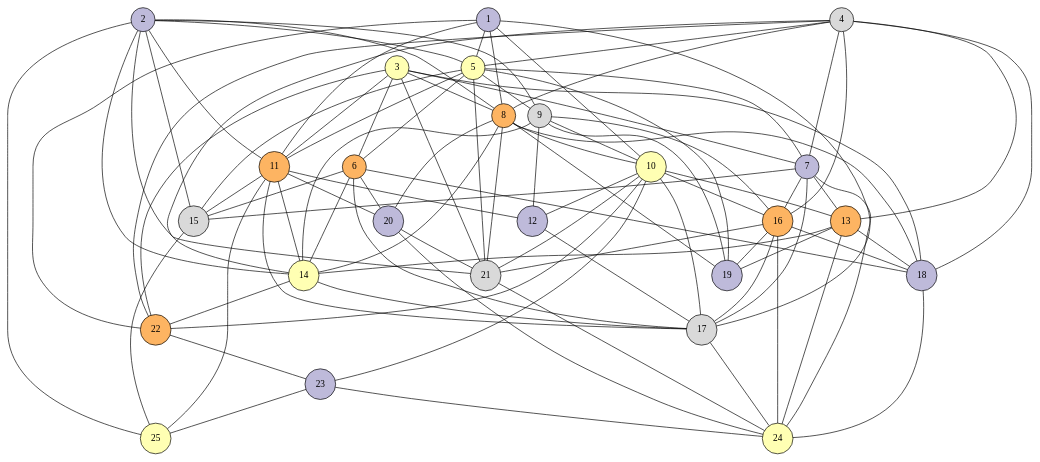
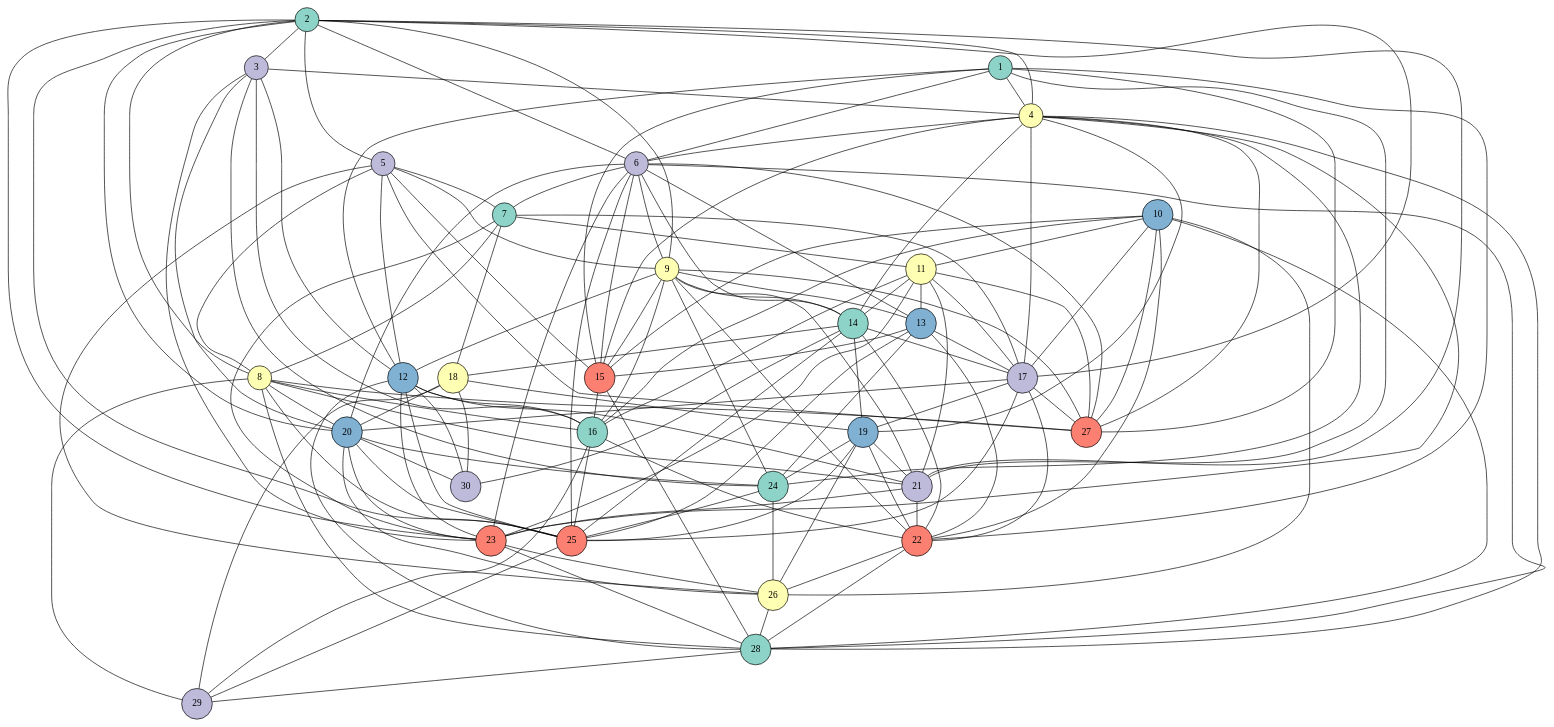
The diagram in ampl/scripts/color.gv (migueltoro/Proyecto_ampl), drawn with Graphviz before and after one commit. The commit also changed 2 other files, not shown here.

```diff
--- a/ampl/scripts/color.gv
+++ b/ampl/scripts/color.gv
@@ -1,120 +1,172 @@
 graph Coloring {
   graph [overlap=false];
   node [shape=circle, style=filled, colorscheme="set312"];
-  1 [label="1", fillcolor="3"];
-  2 [label="2", fillcolor="3"];
-  3 [label="3", fillcolor="2"];
-  4 [label="4", fillcolor="9"];
-  5 [label="5", fillcolor="2"];
-  6 [label="6", fillcolor="6"];
-  7 [label="7", fillcolor="3"];
-  8 [label="8", fillcolor="6"];
-  9 [label="9", fillcolor="9"];
-  10 [label="10", fillcolor="2"];
-  11 [label="11", fillcolor="6"];
-  12 [label="12", fillcolor="3"];
-  13 [label="13", fillcolor="6"];
-  14 [label="14", fillcolor="2"];
-  15 [label="15", fillcolor="9"];
-  16 [label="16", fillcolor="6"];
-  17 [label="17", fillcolor="9"];
-  18 [label="18", fillcolor="3"];
-  19 [label="19", fillcolor="3"];
-  20 [label="20", fillcolor="3"];
-  21 [label="21", fillcolor="9"];
-  22 [label="22", fillcolor="6"];
-  23 [label="23", fillcolor="3"];
-  24 [label="24", fillcolor="2"];
-  25 [label="25", fillcolor="2"];
-  1 -- 5;
-  1 -- 8;
-  1 -- 10;
-  1 -- 11;
-  1 -- 17;
+  1 [label="1", fillcolor="1"];
+  2 [label="2", fillcolor="1"];
+  3 [label="3", fillcolor="3"];
+  4 [label="4", fillcolor="2"];
+  5 [label="5", fillcolor="3"];
+  6 [label="6", fillcolor="3"];
+  7 [label="7", fillcolor="1"];
+  8 [label="8", fillcolor="2"];
+  9 [label="9", fillcolor="2"];
+  10 [label="10", fillcolor="5"];
+  11 [label="11", fillcolor="2"];
+  12 [label="12", fillcolor="5"];
+  13 [label="13", fillcolor="5"];
+  14 [label="14", fillcolor="1"];
+  15 [label="15", fillcolor="4"];
+  16 [label="16", fillcolor="1"];
+  17 [label="17", fillcolor="3"];
+  18 [label="18", fillcolor="2"];
+  19 [label="19", fillcolor="5"];
+  20 [label="20", fillcolor="5"];
+  21 [label="21", fillcolor="3"];
+  22 [label="22", fillcolor="4"];
+  23 [label="23", fillcolor="4"];
+  24 [label="24", fillcolor="1"];
+  25 [label="25", fillcolor="4"];
+  26 [label="26", fillcolor="2"];
+  27 [label="27", fillcolor="4"];
+  28 [label="28", fillcolor="1"];
+  29 [label="29", fillcolor="3"];
+  30 [label="30", fillcolor="3"];
+  1 -- 4;
+  1 -- 6;
+  1 -- 12;
+  1 -- 15;
+  1 -- 21;
   1 -- 22;
+  1 -- 27;
+  2 -- 3;
+  2 -- 4;
   2 -- 5;
+  2 -- 6;
   2 -- 8;
   2 -- 9;
-  2 -- 11;
-  2 -- 14;
-  2 -- 15;
+  2 -- 17;
+  2 -- 20;
   2 -- 21;
+  2 -- 23;
   2 -- 25;
-  3 -- 6;
-  3 -- 7;
-  3 -- 8;
-  3 -- 11;
-  3 -- 18;
-  3 -- 21;
-  3 -- 22;
-  4 -- 5;
-  4 -- 7;
-  4 -- 8;
-  4 -- 13;
+  3 -- 4;
+  3 -- 12;
+  3 -- 16;
+  3 -- 20;
+  3 -- 23;
+  3 -- 24;
+  4 -- 6;
   4 -- 14;
-  4 -- 16;
-  4 -- 18;
-  4 -- 22;
-  5 -- 6;
+  4 -- 15;
+  4 -- 17;
+  4 -- 19;
+  4 -- 23;
+  4 -- 24;
+  4 -- 27;
+  4 -- 28;
   5 -- 7;
+  5 -- 8;
   5 -- 9;
-  5 -- 11;
+  5 -- 12;
   5 -- 15;
-  5 -- 19;
-  5 -- 21;
+  5 -- 26;
+  5 -- 27;
+  6 -- 7;
+  6 -- 9;
+  6 -- 13;
   6 -- 14;
   6 -- 15;
-  6 -- 17;
-  6 -- 18;
   6 -- 20;
-  7 -- 13;
-  7 -- 15;
-  7 -- 16;
+  6 -- 23;
+  6 -- 25;
+  6 -- 27;
+  6 -- 28;
+  7 -- 8;
+  7 -- 11;
   7 -- 17;
-  7 -- 24;
-  8 -- 10;
-  8 -- 14;
-  8 -- 18;
-  8 -- 19;
+  7 -- 18;
+  7 -- 23;
+  8 -- 16;
   8 -- 20;
   8 -- 21;
-  9 -- 10;
+  8 -- 25;
+  8 -- 27;
+  8 -- 28;
+  8 -- 29;
   9 -- 12;
+  9 -- 13;
   9 -- 14;
+  9 -- 15;
   9 -- 16;
-  9 -- 19;
-  10 -- 12;
-  10 -- 13;
+  9 -- 21;
+  9 -- 22;
+  9 -- 24;
+  9 -- 27;
+  10 -- 11;
+  10 -- 15;
   10 -- 16;
   10 -- 17;
-  10 -- 21;
   10 -- 22;
-  10 -- 23;
-  11 -- 12;
+  10 -- 26;
+  10 -- 27;
+  10 -- 28;
+  11 -- 13;
   11 -- 14;
-  11 -- 15;
+  11 -- 16;
   11 -- 17;
-  11 -- 20;
-  11 -- 25;
-  12 -- 17;
-  13 -- 14;
-  13 -- 18;
-  13 -- 19;
+  11 -- 21;
+  11 -- 23;
+  11 -- 27;
+  12 -- 16;
+  12 -- 21;
+  12 -- 23;
+  12 -- 25;
+  12 -- 28;
+  12 -- 30;
+  13 -- 15;
+  13 -- 17;
+  13 -- 22;
   13 -- 24;
+  13 -- 25;
   14 -- 17;
+  14 -- 18;
+  14 -- 19;
   14 -- 22;
-  15 -- 25;
-  16 -- 17;
-  16 -- 18;
-  16 -- 19;
-  16 -- 21;
-  16 -- 24;
-  17 -- 24;
-  18 -- 24;
-  20 -- 21;
+  14 -- 25;
+  14 -- 30;
+  15 -- 16;
+  15 -- 28;
+  16 -- 22;
+  16 -- 25;
+  16 -- 29;
+  17 -- 19;
+  17 -- 20;
+  17 -- 22;
+  17 -- 25;
+  17 -- 27;
+  18 -- 19;
+  18 -- 20;
+  18 -- 29;
+  18 -- 30;
+  19 -- 21;
+  19 -- 22;
+  19 -- 24;
+  19 -- 25;
+  19 -- 26;
+  20 -- 23;
   20 -- 24;
-  21 -- 24;
-  22 -- 23;
-  23 -- 24;
-  23 -- 25;
+  20 -- 25;
+  20 -- 26;
+  20 -- 30;
+  21 -- 22;
+  21 -- 23;
+  22 -- 26;
+  22 -- 28;
+  23 -- 26;
+  23 -- 28;
+  24 -- 25;
+  24 -- 26;
+  25 -- 29;
+  26 -- 28;
+  28 -- 29;
 }
```
